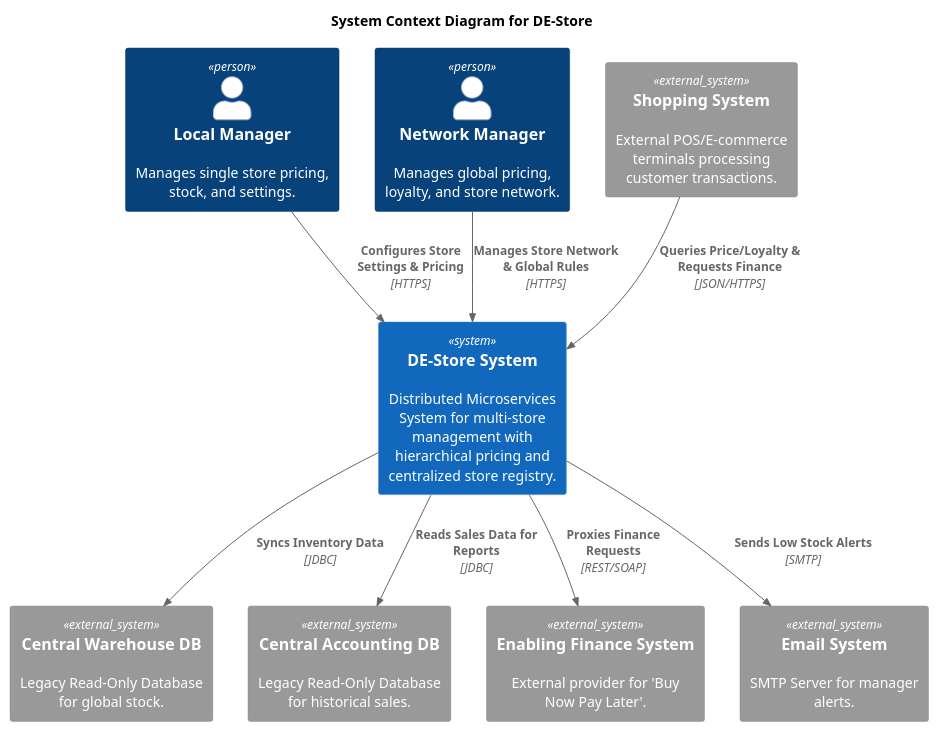
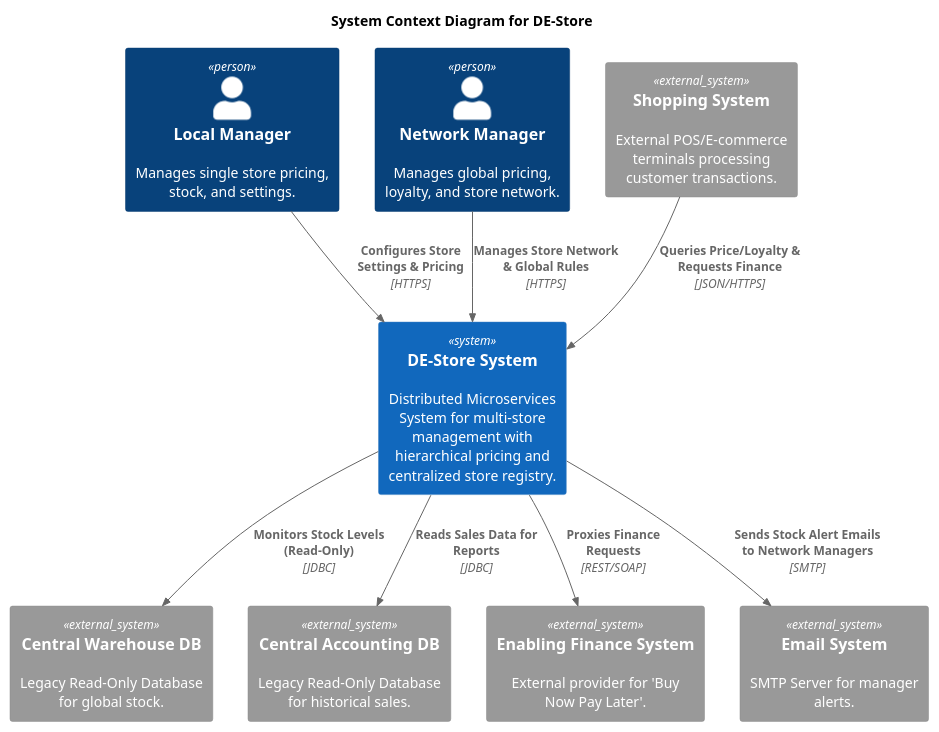
The diagram in Docs/context.puml (Alex180504/DE-store), drawn with PlantUML before and after one commit. The commit also changed 11 other files, not shown here.

```diff
--- a/Docs/context.puml
+++ b/Docs/context.puml
@@ -1,33 +1,33 @@
 @startuml
 !include https://raw.githubusercontent.com/plantuml-stdlib/C4-PlantUML/master/C4_Context.puml
 
 title System Context Diagram for DE-Store
 
 ' Personas
 Person(localMgr, "Local Manager", "Manages single store pricing, stock, and settings.")
 Person(netMgr, "Network Manager", "Manages global pricing, loyalty, and store network.")
 
 ' The Core System
 System(deStore, "DE-Store System", "Distributed Microservices System for multi-store management with hierarchical pricing and centralized store registry.")
 
 ' External Systems (The Environment)
 System_Ext(shoppingSys, "Shopping System", "External POS/E-commerce terminals processing customer transactions.")
 System_Ext(warehouseDB, "Central Warehouse DB", "Legacy Read-Only Database for global stock.")
 System_Ext(accountingDB, "Central Accounting DB", "Legacy Read-Only Database for historical sales.")
 System_Ext(enablingSys, "Enabling Finance System", "External provider for 'Buy Now Pay Later'.")
 System_Ext(email, "Email System", "SMTP Server for manager alerts.")
 
 ' Relationships - Human to System
 Rel(localMgr, deStore, "Configures Store Settings & Pricing", "HTTPS")
 Rel(netMgr, deStore, "Manages Store Network & Global Rules", "HTTPS")
 
 ' Relationships - External Systems to DE-Store
 Rel(shoppingSys, deStore, "Queries Price/Loyalty & Requests Finance", "JSON/HTTPS")
 
 ' Relationships - DE-Store to Legacy/External
-Rel(deStore, warehouseDB, "Syncs Inventory Data", "JDBC")
+Rel(deStore, warehouseDB, "Monitors Stock Levels (Read-Only)", "JDBC")
 Rel(deStore, accountingDB, "Reads Sales Data for Reports", "JDBC")
 Rel(deStore, enablingSys, "Proxies Finance Requests", "REST/SOAP")
-Rel(deStore, email, "Sends Low Stock Alerts", "SMTP")
+Rel(deStore, email, "Sends Stock Alert Emails to Network Managers", "SMTP")
 
 @enduml
```
